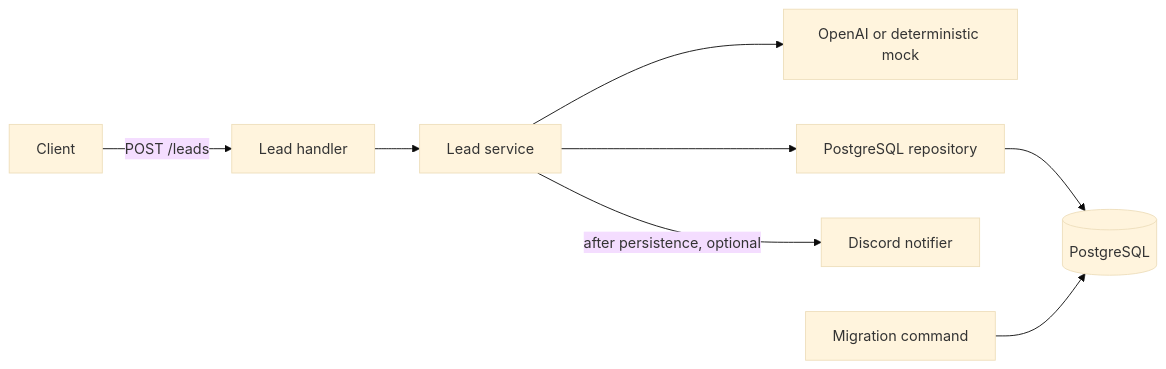
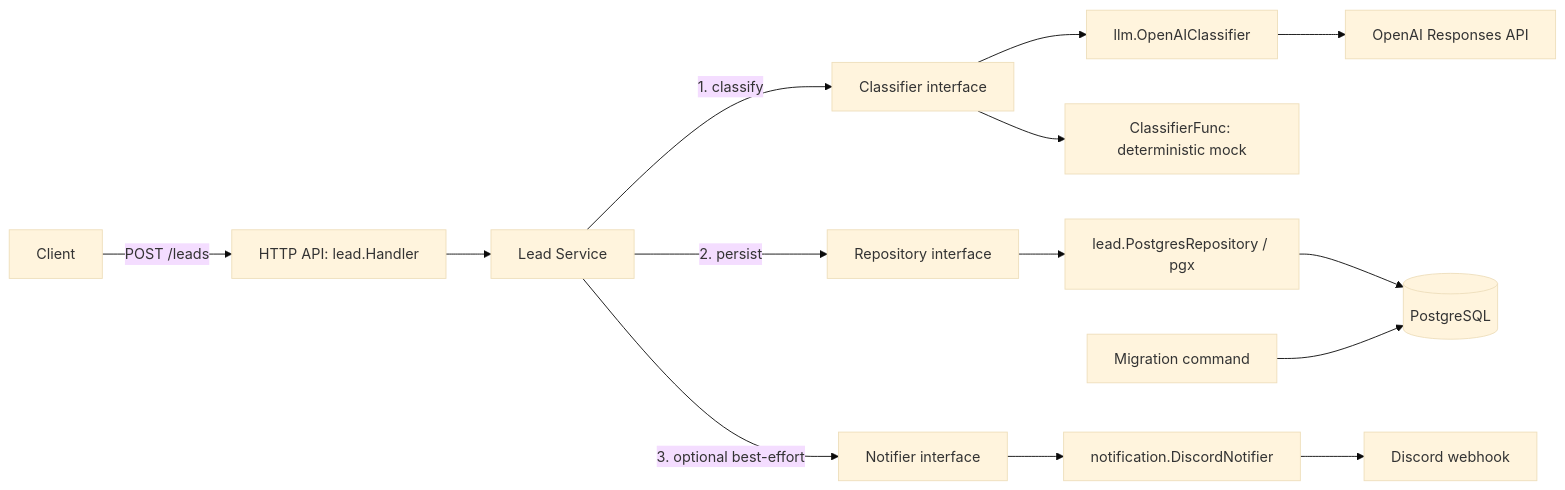
The diagram in README.md (Tranduy1dol/ai-lead-automation), drawn with Mermaid (base theme) before and after one commit. The commit also changed other lines of this file and 3 other files, not shown here.

````diff
--- a/README.md
+++ b/README.md
@@ -9,10 +40,16 @@
 ```mermaid
 flowchart LR
-    Client -->|POST /leads| Handler[Lead handler]
-    Handler --> Service[Lead service]
-    Service --> Classifier[OpenAI or deterministic mock]
-    Service --> Repository[PostgreSQL repository]
-    Repository --> DB[(PostgreSQL)]
-    Service -->|after persistence, optional| Discord[Discord notifier]
+    Client -->|POST /leads| Handler[HTTP API: lead.Handler]
+    Handler --> Service[Lead Service]
+    Service -->|1. classify| Classifier[Classifier interface]
+    Classifier --> OpenAI[llm.OpenAIClassifier]
+    OpenAI --> Responses[OpenAI Responses API]
+    Classifier --> Mock[ClassifierFunc: deterministic mock]
+    Service -->|2. persist| Repository[Repository interface]
+    Repository --> PG[lead.PostgresRepository / pgx]
+    PG --> DB[(PostgreSQL)]
+    Service -->|3. optional best-effort| Notifier[Notifier interface]
+    Notifier --> Discord[notification.DiscordNotifier]
+    Discord --> Webhook[Discord webhook]
     Migrate[Migration command] --> DB
 ```
````
